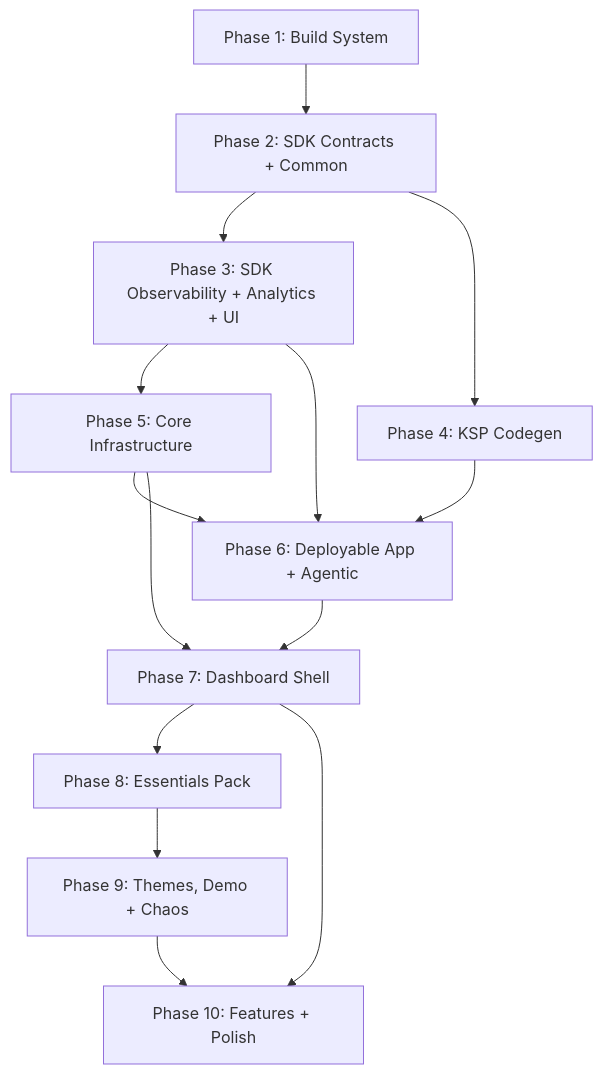
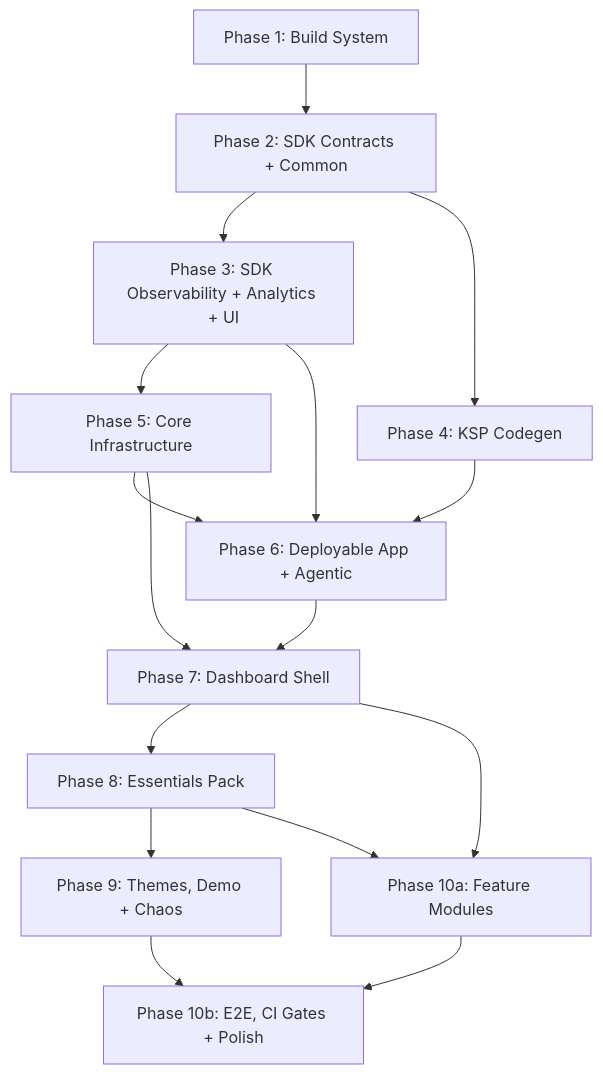
One commit to ohmgh/dqxn changed the diagram in .planning/MIGRATION.md. Above: the diagram before and after it, drawn with Mermaid. The commit also changed other lines of this file and 1 other file, not shown here.

First line of the commit message:
Steelman migration + roadmap: 75 findings across all phases

````diff
--- a/.planning/MIGRATION.md
+++ b/.planning/MIGRATION.md
@@ -40,16 +40,18 @@
 ```mermaid
 graph TD
     P1[Phase 1: Build System] --> P2[Phase 2: SDK Contracts + Common]
     P2 --> P3[Phase 3: SDK Observability + Analytics + UI]
     P2 --> P4[Phase 4: KSP Codegen]
     P3 --> P5[Phase 5: Core Infrastructure]
     P3 --> P6[Phase 6: Deployable App + Agentic]
     P4 --> P6
     P5 --> P6
     P5 --> P7[Phase 7: Dashboard Shell]
     P6 --> P7
     P7 --> P8[Phase 8: Essentials Pack]
     P8 --> P9[Phase 9: Themes, Demo + Chaos]
-    P7 --> P10[Phase 10: Features + Polish]
-    P9 --> P10
+    P7 --> P10a[Phase 10a: Feature Modules]
+    P8 --> P10a
+    P9 --> P10b[Phase 10b: E2E, CI Gates + Polish]
+    P10a --> P10b
 ```
````
